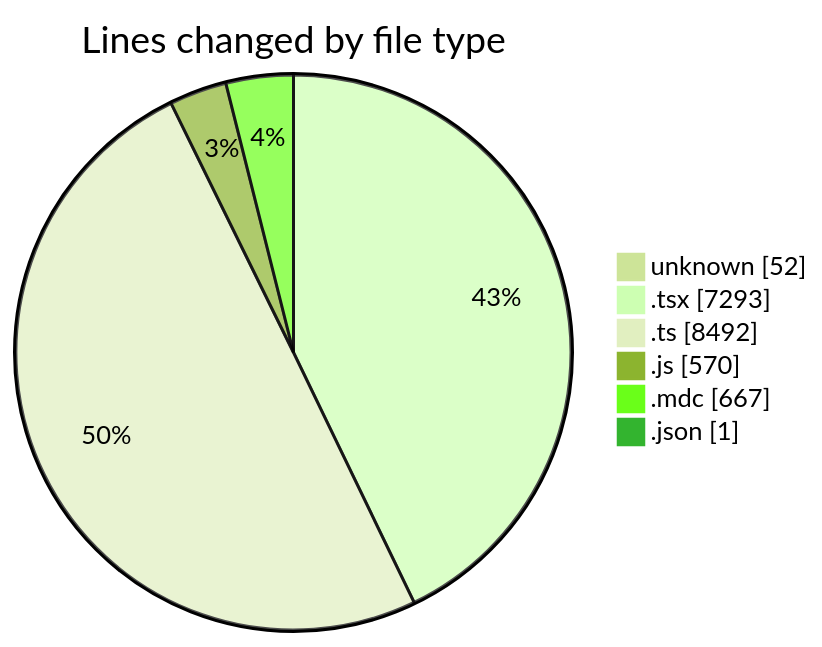
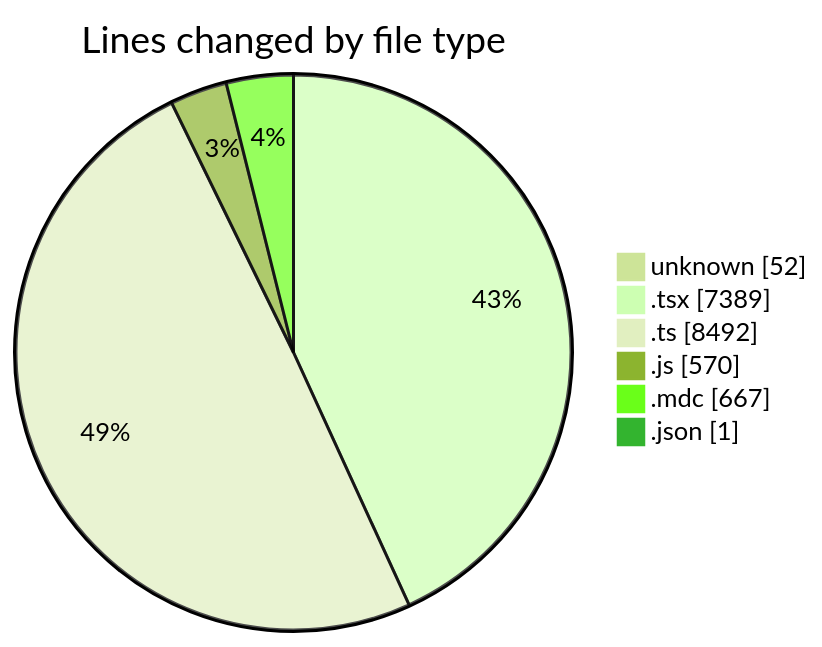
The first of 2 diagrams in 2025-06-02/ecodeli-1/README.md (CELIANVF/code-tracking), drawn with Mermaid (forest theme) before and after one commit. The commit also changed other lines of this file and 1 other file, not shown here.

````diff
--- a/2025-06-02/ecodeli-1/README.md
+++ b/2025-06-02/ecodeli-1/README.md
@@ -78,10 +78,10 @@
 ```mermaid
 pie showData
 title Lines changed by file type
 "unknown" : 52
-".tsx" : 7293
+".tsx" : 7389
 ".ts" : 8492
 ".js" : 570
 ".mdc" : 667
 ".json" : 1
 ```
````
